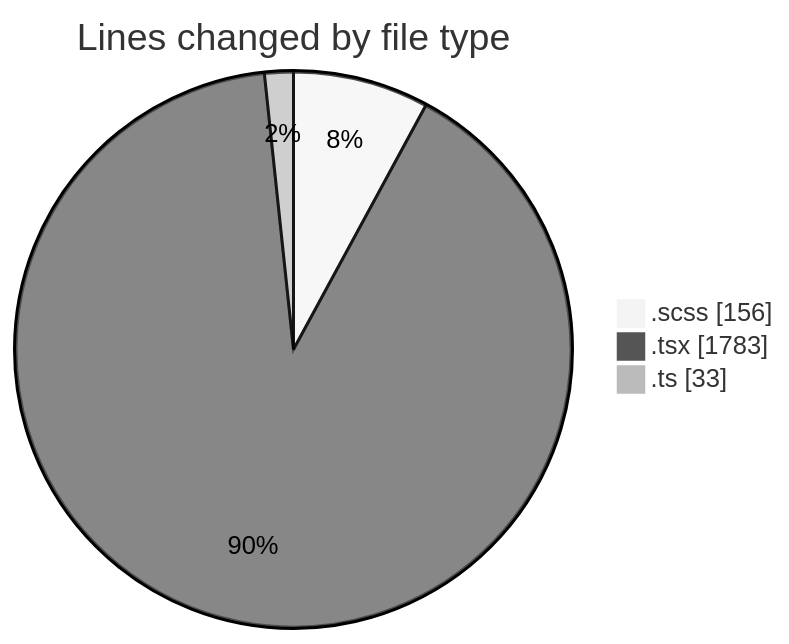
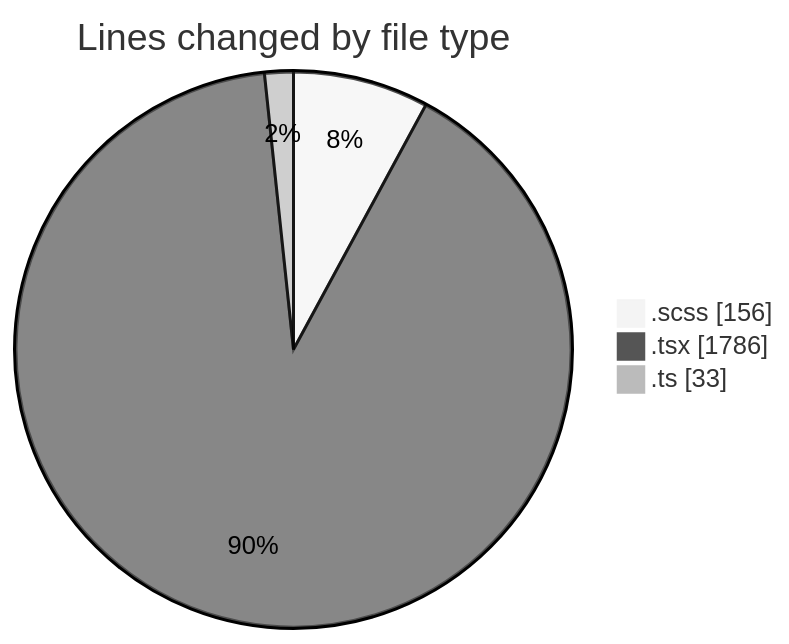
The first of 2 diagrams in 2025-02-10/cda/README.md (momahboobian/code-tracking), drawn with Mermaid (neutral theme) before and after one commit. The commit also changed other lines of this file and 1 other file, not shown here.

````diff
--- a/2025-02-10/cda/README.md
+++ b/2025-02-10/cda/README.md
@@ -25,7 +25,7 @@
 ```mermaid
 pie showData
 title Lines changed by file type
 ".scss" : 156
-".tsx" : 1783
+".tsx" : 1786
 ".ts" : 33
 ```
````
